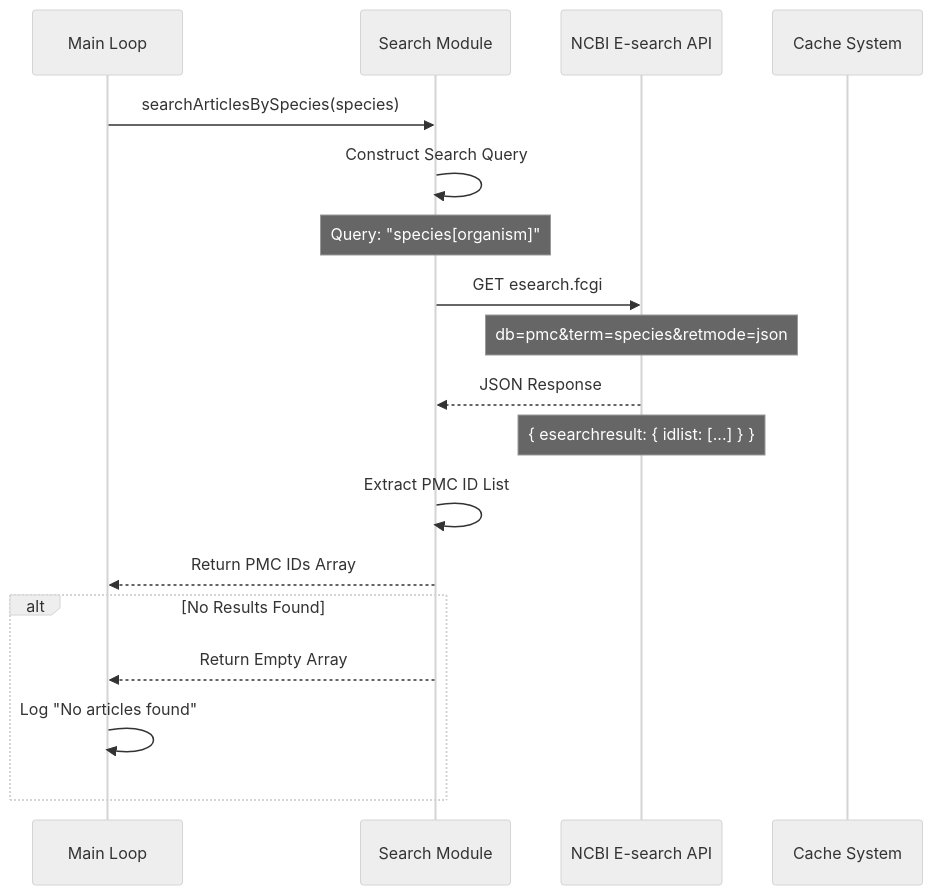
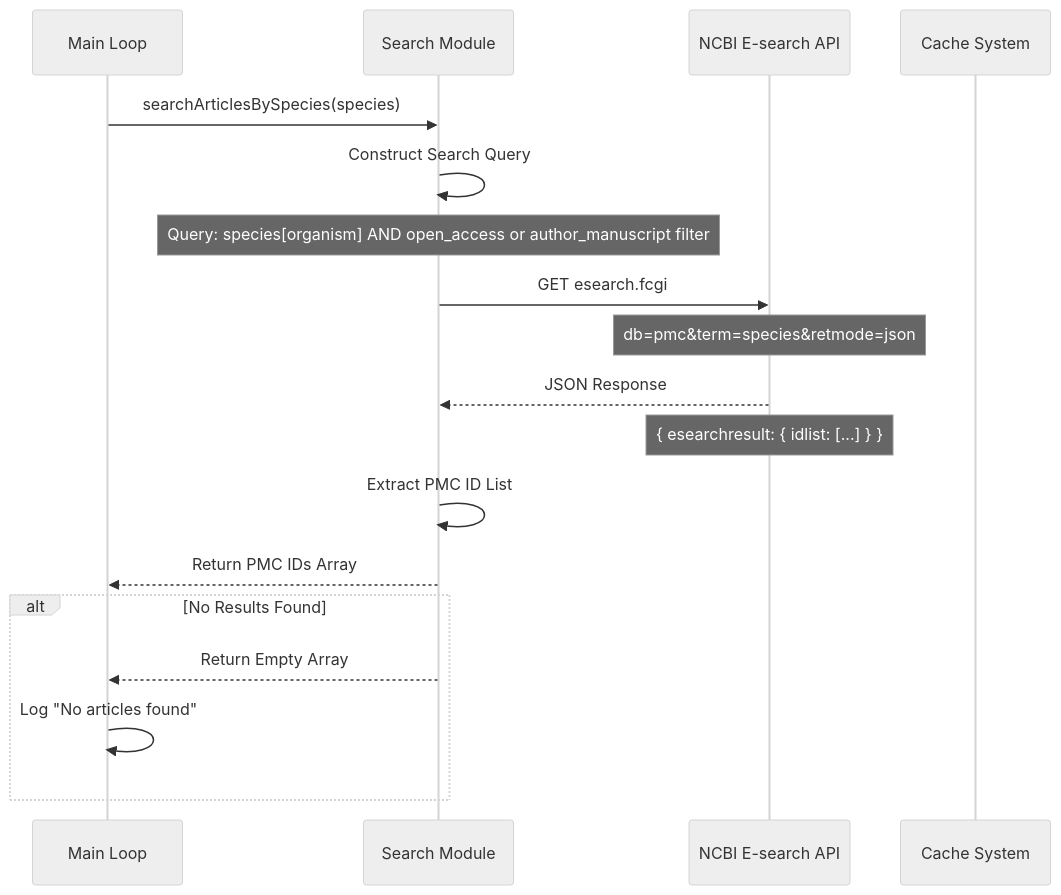
One commit to AlexJSully/Publication-Figure-Retrieval changed the second of 12 diagrams in docs/architecture/pipelines.md. Above: the diagram before and after it, drawn with Mermaid (neutral theme). The commit also changed other lines of this file and 28 other files, not shown here.

````diff
--- a/docs/architecture/pipelines.md
+++ b/docs/architecture/pipelines.md
@@ -43,26 +43,26 @@
 ```mermaid
 sequenceDiagram
     accTitle: Species Search Pipeline
-    accDescr: The main loop calls the search module with a species name. The module constructs a query of the form species[organism] and sends a GET request to the NCBI esearch endpoint. The API returns a JSON response whose esearchresult.idlist holds the PMC IDs, which the module returns to the main loop. When no results are found it returns an empty array and the main loop logs that no articles were found.
+    accDescr: The main loop calls the search module with a species name. The module constructs a query of the form species[organism] AND (open_access[Filter] OR author_manuscript[Filter]), which limits results to articles in the PMC Article Datasets, and sends a GET request to the NCBI esearch endpoint. The API returns a JSON response whose esearchresult.idlist holds the PMC IDs, which the module returns to the main loop. When no results are found it returns an empty array and the main loop logs that no articles were found.
 
     participant M as Main Loop
     participant S as Search Module
     participant API as NCBI E-search API
     participant C as Cache System
 
     M->>S: searchArticlesBySpecies(species)
     S->>S: Construct Search Query
-    Note over S: Query: "species[organism]"
+    Note over S: Query: species[organism] AND open_access or author_manuscript filter
     S->>API: GET esearch.fcgi
     Note over API: db=pmc&term=species&retmode=json
 
     API-->>S: JSON Response
     Note over API: { esearchresult: { idlist: [...] } }
     S->>S: Extract PMC ID List
     S-->>M: Return PMC IDs Array
 
     alt No Results Found
         S-->>M: Return Empty Array
         M->>M: Log "No articles found"
     end
 ```
````
